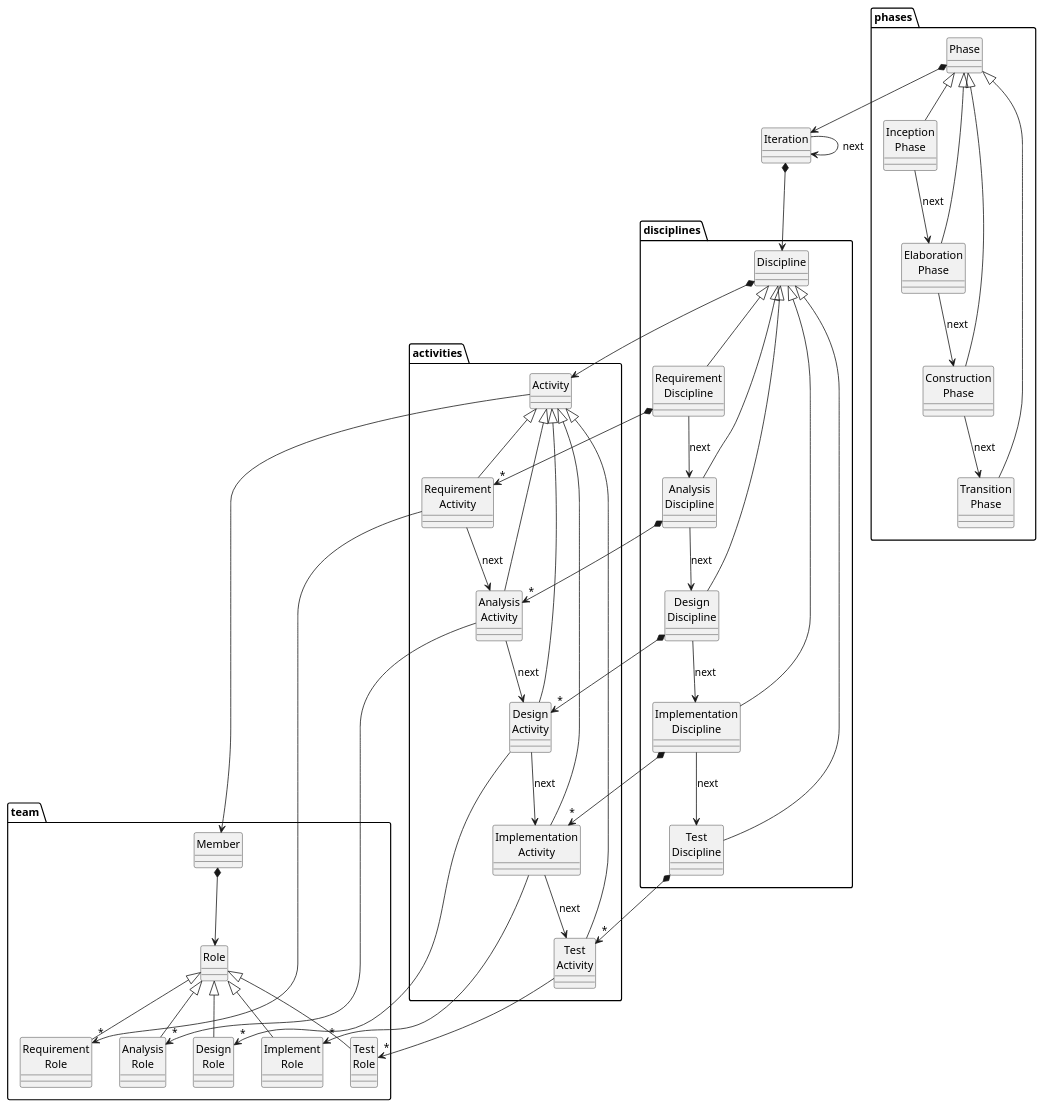
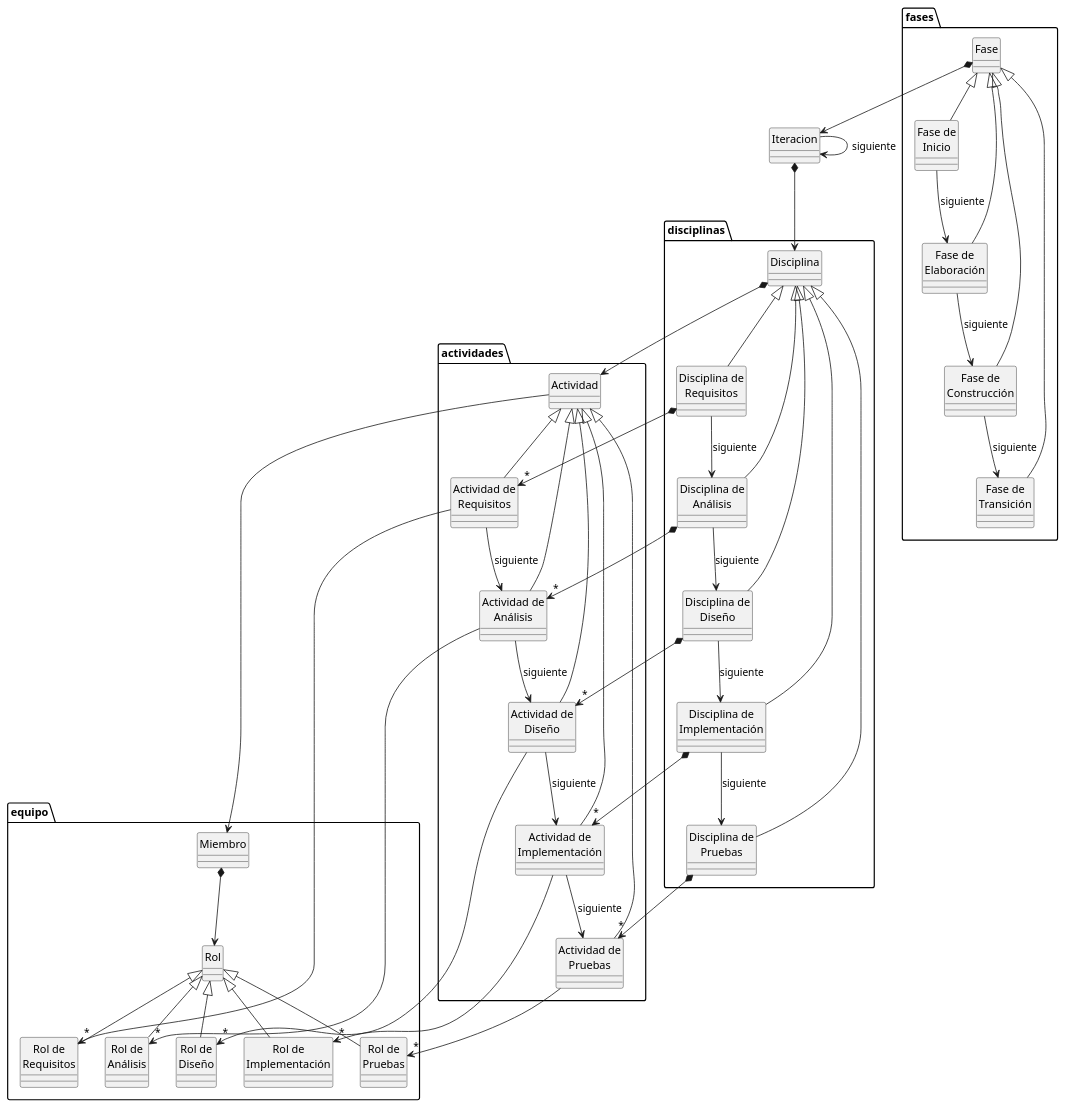
One commit to mmasias/IdSw1 changed the diagram in modelosUML/RUPiteraciones.puml. Above: the diagram before and after it, drawn with PlantUML. The commit also changed 9 other files, not shown here.

```diff
--- a/modelosUML/RUPiteraciones.puml
+++ b/modelosUML/RUPiteraciones.puml
@@ -1,94 +1,94 @@
 ' Autor: Prof. Luis Fernandez
 
 hide circle
 hide stereotype
 
-package phases <<phases>> {
-class Phase <<phases>>
-class Inception as "Inception\nPhase" <<phases>>
-class Elaboration as "Elaboration\nPhase" <<phases>>
-class Construction as "Construction\nPhase" <<phases>>
-class Transition as "Transition\nPhase" <<phases>>
+package fases {
+class Fase
+class Inicio as "Fase de\nInicio"
+class Elaboracion as "Fase de\nElaboración"
+class Construccion as "Fase de\nConstrucción"
+class Transicion as "Fase de\nTransición"
 }
 
-class Iteration <<iteration>>
+class Iteracion
 
-package disciplines <<disciplines>> {
-class Discipline <<disciplines>>
-class RequirementDiscipline as "Requirement\nDiscipline" <<disciplines>>
-class AnalysisDiscipline as "Analysis\nDiscipline"  <<disciplines>>
-class DesignDiscipline as "Design\nDiscipline" <<disciplines>>
-class ImplementationDiscipline as "Implementation\nDiscipline" <<disciplines>>
-class TestDiscipline as "Test\nDiscipline" <<disciplines>>
+package disciplinas {
+class Disciplina
+class DisciplinaRequisitos as "Disciplina de\nRequisitos"
+class DisciplinaAnalisis as "Disciplina de\nAnálisis"
+class DisciplinaDiseño as "Disciplina de\nDiseño"
+class DisciplinaImplementacion as "Disciplina de\nImplementación"
+class DisciplinaPruebas as "Disciplina de\nPruebas"
 }
 
-package activities <<activities>> {
-class Activity <<activities>>
-class RequirementActivity as "Requirement\nActivity" <<activities>>
-class AnalysisActivity as "Analysis\nActivity" <<activities>>
-class DesignActivity as "Design\nActivity" <<activities>>
-class ImplementationActivity as "Implementation\nActivity" <<activities>>
-class TestActivity as "Test\nActivity" <<activities>>
+package actividades {
+class Actividad
+class ActividadRequisitos as "Actividad de\nRequisitos"
+class ActividadAnalisis as "Actividad de\nAnálisis"
+class ActividadDiseño as "Actividad de\nDiseño"
+class ActividadImplementacion as "Actividad de\nImplementación"
+class ActividadPruebas as "Actividad de\nPruebas"
 }
 
-package team <<team>> {
-class Member  <<team>>
-class Role  <<team>>
-class RequirementRole as "Requirement\nRole" <<team>>
-class AnalysisRole as "Analysis\nRole"  <<team>>
-class DesignRole as "Design\nRole" <<team>>
-class ImplementRole as "Implement\nRole" <<team>>
-class TestRole as "Test\nRole" <<team>>
+package equipo {
+class Miembro
+class Rol
+class RolRequisitos as "Rol de\nRequisitos"
+class RolAnalisis as "Rol de\nAnálisis"
+class RolDiseño as "Rol de\nDiseño"
+class RolImplementacion as "Rol de\nImplementación"
+class RolPruebas as "Rol de\nPruebas"
 }
 
-Phase *--> Iteration
-Phase <|-- Inception
-Inception --> Elaboration : next
-Phase <|-- Elaboration
-Elaboration  --> Construction :next
-Phase <|-- Construction
-Construction  -->  Transition :next
-Phase <|-- Transition
+Fase *--> Iteracion
+Fase <|-- Inicio
+Inicio --> Elaboracion : siguiente
+Fase <|-- Elaboracion
+Elaboracion  --> Construccion :siguiente
+Fase <|-- Construccion
+Construccion  -->  Transicion :siguiente
+Fase <|-- Transicion
 
-Iteration *--> Discipline
-Iteration --> Iteration :next
+Iteracion *--> Disciplina
+Iteracion --> Iteracion :siguiente
 
-Discipline *--> Activity
-Discipline <|-- RequirementDiscipline
-RequirementDiscipline *--> "*" RequirementActivity
-RequirementDiscipline --> AnalysisDiscipline :next
-Discipline <|-- AnalysisDiscipline
-AnalysisDiscipline *--> "*" AnalysisActivity
-AnalysisDiscipline --> DesignDiscipline :next
-Discipline <|-- DesignDiscipline
-DesignDiscipline *--> "*" DesignActivity
-DesignDiscipline --> ImplementationDiscipline :next
-Discipline <|-- ImplementationDiscipline
-ImplementationDiscipline *--> "*" ImplementationActivity
-ImplementationDiscipline --> TestDiscipline :next
-Discipline <|-- TestDiscipline
-TestDiscipline *--> "*" TestActivity
+Disciplina *--> Actividad
+Disciplina <|-- DisciplinaRequisitos
+DisciplinaRequisitos *--> "*" ActividadRequisitos
+DisciplinaRequisitos --> DisciplinaAnalisis :siguiente
+Disciplina <|-- DisciplinaAnalisis
+DisciplinaAnalisis *--> "*" ActividadAnalisis
+DisciplinaAnalisis --> DisciplinaDiseño :siguiente
+Disciplina <|-- DisciplinaDiseño
+DisciplinaDiseño *--> "*" ActividadDiseño
+DisciplinaDiseño --> DisciplinaImplementacion :siguiente
+Disciplina <|-- DisciplinaImplementacion
+DisciplinaImplementacion *--> "*" ActividadImplementacion
+DisciplinaImplementacion --> DisciplinaPruebas :siguiente
+Disciplina <|-- DisciplinaPruebas
+DisciplinaPruebas *--> "*" ActividadPruebas
 
-Activity <|-- RequirementActivity
-RequirementActivity --> AnalysisActivity :next
-Activity <|-- AnalysisActivity
-AnalysisActivity --> DesignActivity :next
-Activity <|-- DesignActivity
-DesignActivity --> ImplementationActivity :next
-Activity <|-- ImplementationActivity
-ImplementationActivity --> TestActivity :next
-Activity <|-- TestActivity
+Actividad <|-- ActividadRequisitos
+ActividadRequisitos --> ActividadAnalisis :siguiente
+Actividad <|-- ActividadAnalisis
+ActividadAnalisis --> ActividadDiseño :siguiente
+Actividad <|-- ActividadDiseño
+ActividadDiseño --> ActividadImplementacion :siguiente
+Actividad <|-- ActividadImplementacion
+ActividadImplementacion --> ActividadPruebas :siguiente
+Actividad <|-- ActividadPruebas
 
-Activity --> Member
-Member *--> Role
-Role <|-- RequirementRole
-Role <|-- AnalysisRole
-Role <|-- DesignRole
-Role <|-- ImplementRole
-Role <|-- TestRole
+Actividad --> Miembro
+Miembro *--> Rol
+Rol <|-- RolRequisitos
+Rol <|-- RolAnalisis
+Rol <|-- RolDiseño
+Rol <|-- RolImplementacion
+Rol <|-- RolPruebas
 
-RequirementActivity --> "*" RequirementRole
-AnalysisActivity --> "*" AnalysisRole
-DesignActivity --> "*" DesignRole
-ImplementationActivity --> "*" ImplementRole
-TestActivity --> "*" TestRole
+ActividadRequisitos --> "*" RolRequisitos
+ActividadAnalisis --> "*" RolAnalisis
+ActividadDiseño --> "*" RolDiseño
+ActividadImplementacion --> "*" RolImplementacion
+ActividadPruebas --> "*" RolPruebas
```
